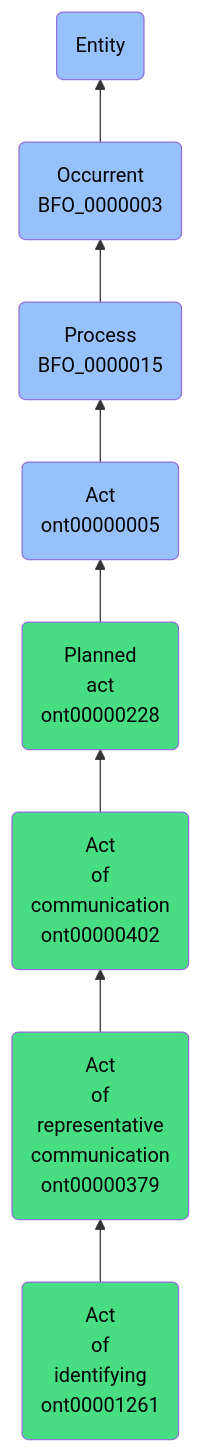
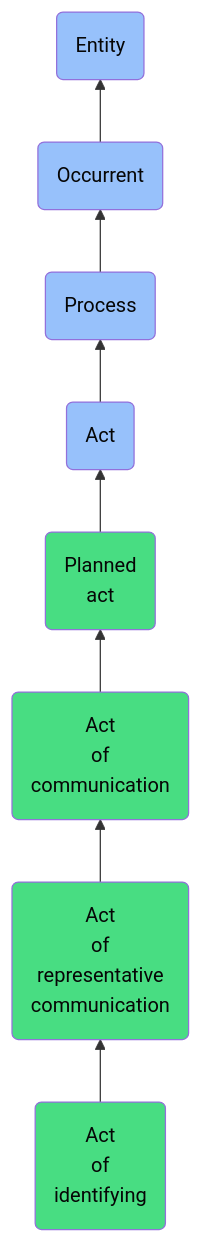
Before and after one commit to jupyter-naas/abi: the diagram in docs/ontology/reference/model/Entity/Occurrent/Process/Act/Planned act/Act of communication/Act of representative communication/Act of identifying/Act of identifying.md, drawn with Mermaid. The commit also changed other lines of this file and 1430 other files, not shown here.

````diff
--- a/docs/ontology/reference/model/Entity/Occurrent/Process/Act/Planned act/Act of communication/Act of representative communication/Act of identifying/Act of identifying.md
+++ b/docs/ontology/reference/model/Entity/Occurrent/Process/Act/Planned act/Act of communication/Act of representative communication/Act of identifying/Act of identifying.md
@@ -24,15 +24,15 @@
 ```mermaid
 graph BT
-    ont00001261(Act<br>of<br>identifying<br>ont00001261):::ABI-->ont00000379
-    ont00000379(Act<br>of<br>representative<br>communication<br>ont00000379):::ABI-->ont00000402
-    ont00000402(Act<br>of<br>communication<br>ont00000402):::ABI-->ont00000228
-    ont00000228(Planned<br>act<br>ont00000228):::ABI-->ont00000005
-    ont00000005(Act<br>ont00000005):::BFO-->BFO_0000015
-    BFO_0000015(Process<br>BFO_0000015):::BFO-->BFO_0000003
-    BFO_0000003(Occurrent<br>BFO_0000003):::BFO-->BFO_0000001
+    ont00001261(Act<br>of<br>identifying):::ABI-->ont00000379
+    ont00000379(Act<br>of<br>representative<br>communication):::ABI-->ont00000402
+    ont00000402(Act<br>of<br>communication):::ABI-->ont00000228
+    ont00000228(Planned<br>act):::ABI-->ont00000005
+    ont00000005(Act):::BFO-->BFO_0000015
+    BFO_0000015(Process):::BFO-->BFO_0000003
+    BFO_0000003(Occurrent):::BFO-->BFO_0000001
     BFO_0000001(Entity):::BFO
     
     classDef BFO fill:#97c1fb,color:#060606
     classDef CCO fill:#e4c51e,color:#060606
     classDef ABI fill:#48DD82,color:#060606
 ```
````
